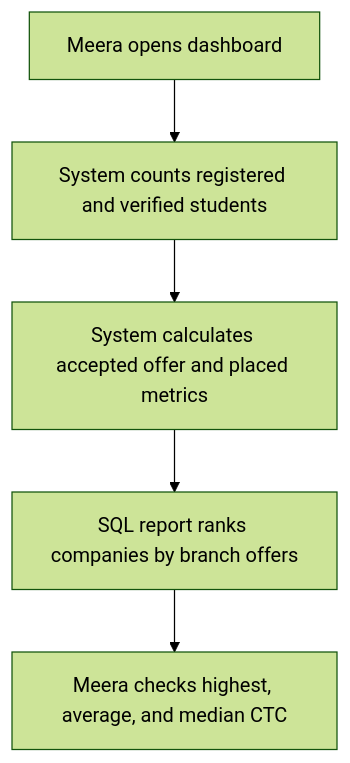
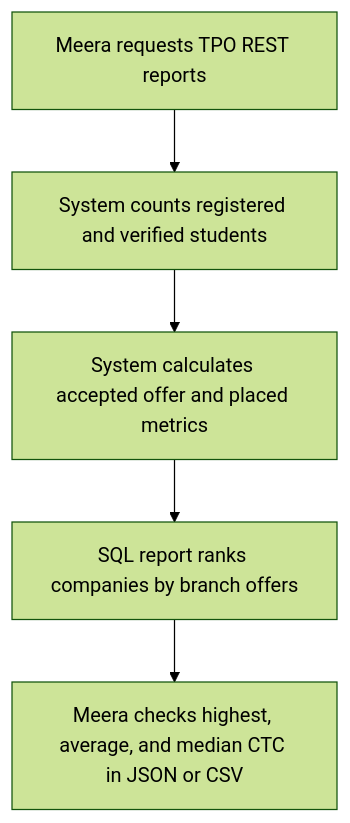
One commit to sukurcf/spec-campushire-placement-portal changed the third of 3 diagrams in docs/02-users-and-roles.md. Above: the diagram before and after it, drawn with Mermaid (forest theme). The commit also changed other lines of this file and 14 other files, not shown here.

````diff
--- a/docs/02-users-and-roles.md
+++ b/docs/02-users-and-roles.md
@@ -76,7 +76,7 @@
 ```mermaid
 flowchart TD
-    A["Meera opens dashboard"] --> B["System counts registered and verified students"]
+    A["Meera requests TPO REST reports"] --> B["System counts registered and verified students"]
     B --> C["System calculates accepted offer and placed metrics"]
     C --> D["SQL report ranks companies by branch offers"]
-    D --> E["Meera checks highest, average, and median CTC"]
+    D --> E["Meera checks highest, average, and median CTC in JSON or CSV"]
 ```
````
